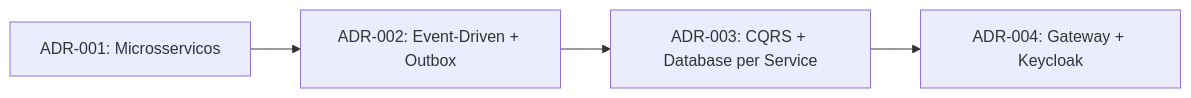
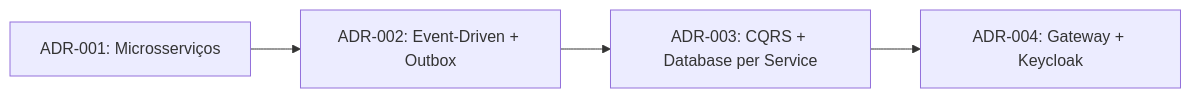
Before and after one commit to antonio-leonardo/Cashflow: the second of 3 diagrams in docs/architecture.md, drawn with Mermaid. The commit also changed other lines of this file and 54 other files, not shown here.

````diff
--- a/docs/architecture.md
+++ b/docs/architecture.md
@@ -90,6 +90,6 @@
 ```mermaid
 flowchart LR
-  A["ADR-001: Microsservicos"] --> B["ADR-002: Event-Driven + Outbox"]
+  A["ADR-001: Microsserviços"] --> B["ADR-002: Event-Driven + Outbox"]
   B --> C["ADR-003: CQRS + Database per Service"]
   C --> D["ADR-004: Gateway + Keycloak"]
 ```
````
